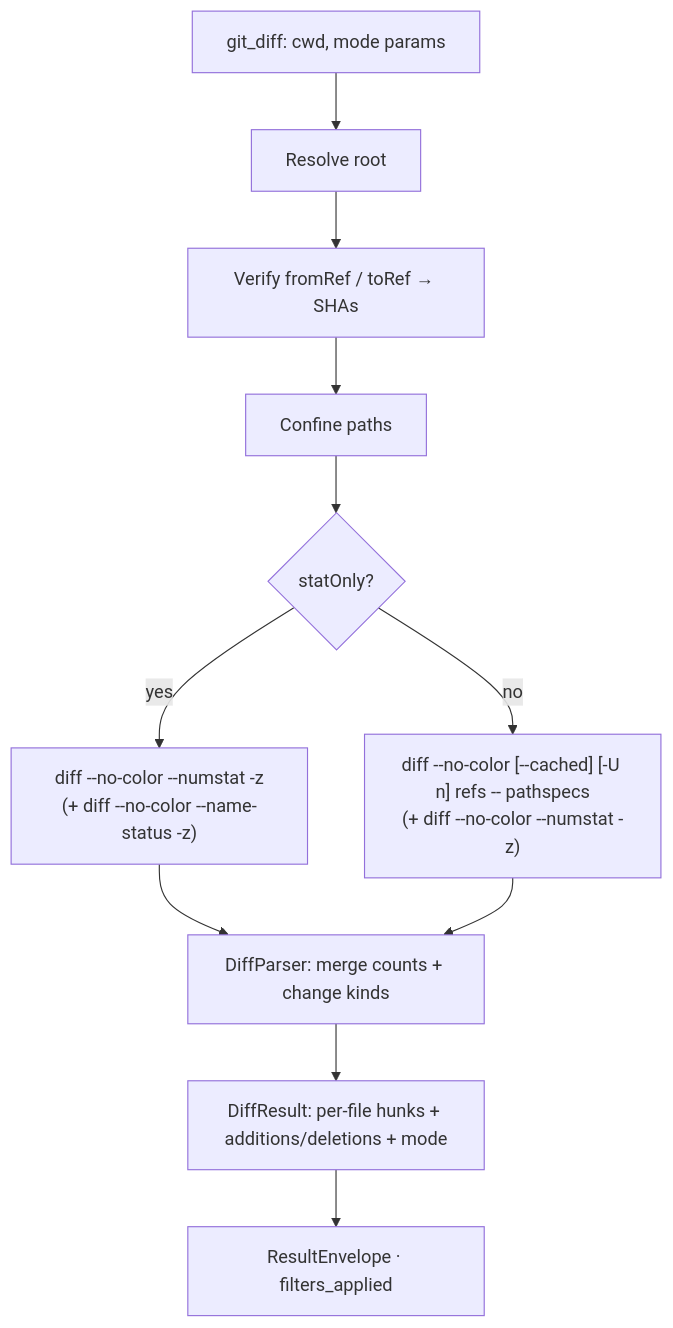
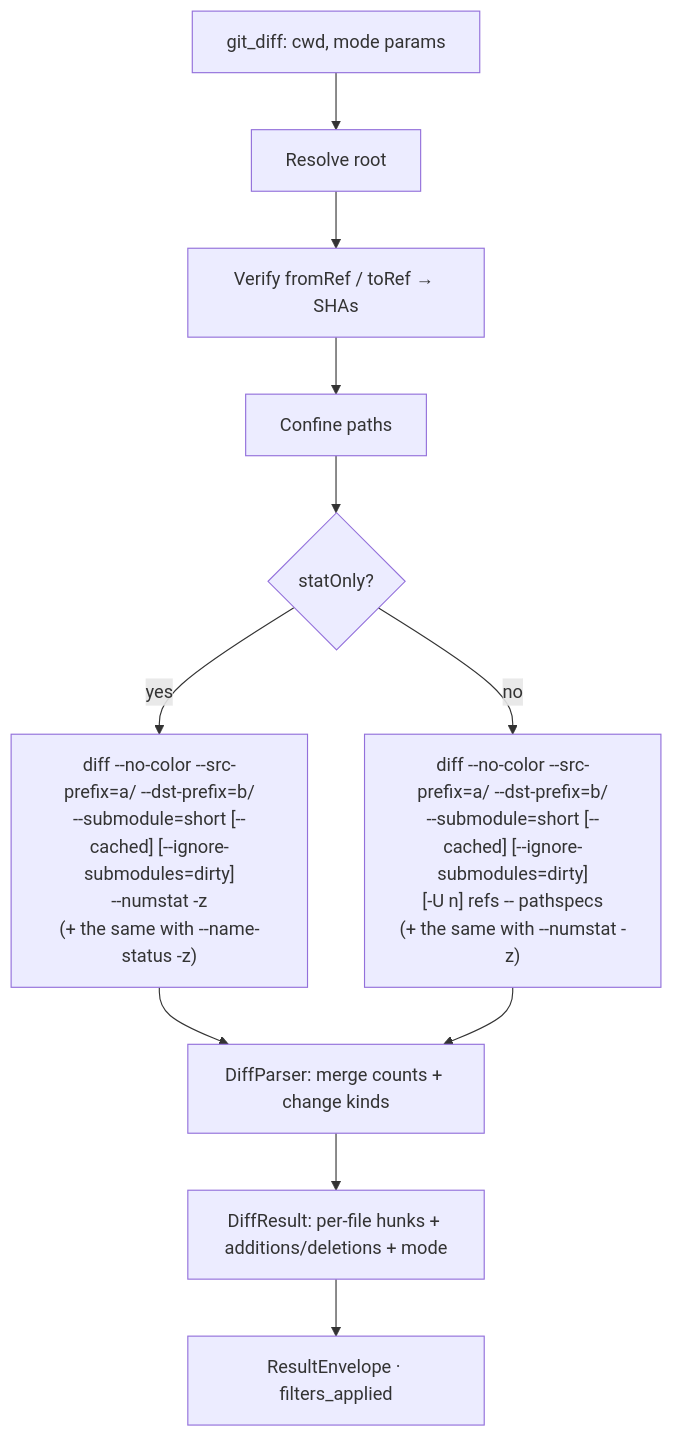
Before and after one commit to brenordv/mcp-toolset: the third of 14 diagrams in src/RaccoonNinja.McpToolset.Server.GitOps/README.md, drawn with Mermaid. The commit also changed other lines of this file and 10 other files, not shown here.

Commit message:
Pass `--src-prefix=a/ --dst-prefix=b/ --submodule=short` on all `git_diff`, `git_show`, and `git_stash_show` passes to normalize patch headers and block external commands in submodules.

````diff
--- a/src/RaccoonNinja.McpToolset.Server.GitOps/README.md
+++ b/src/RaccoonNinja.McpToolset.Server.GitOps/README.md
@@ -141,13 +144,13 @@
 ```mermaid
 flowchart TD
     A[git_diff: cwd, mode params] --> B[Resolve root]
     B --> C[Verify fromRef / toRef → SHAs]
     C --> D[Confine paths]
     D --> E{statOnly?}
-    E -- yes --> F["diff --no-color --numstat -z<br/>(+ diff --no-color --name-status -z)"]
-    E -- no --> G["diff --no-color [--cached] [-U n] refs -- pathspecs<br/>(+ diff --no-color --numstat -z)"]
+    E -- yes --> F["diff --no-color --src-prefix=a/ --dst-prefix=b/<br/>--submodule=short [--cached] [--ignore-submodules=dirty]<br/>--numstat -z<br/>(+ the same with --name-status -z)"]
+    E -- no --> G["diff --no-color --src-prefix=a/ --dst-prefix=b/<br/>--submodule=short [--cached] [--ignore-submodules=dirty]<br/>[-U n] refs -- pathspecs<br/>(+ the same with --numstat -z)"]
     F --> H[DiffParser: merge counts + change kinds]
     G --> H
     H --> I[DiffResult: per-file hunks + additions/deletions + mode]
     I --> J[ResultEnvelope · filters_applied]
 ```
````
